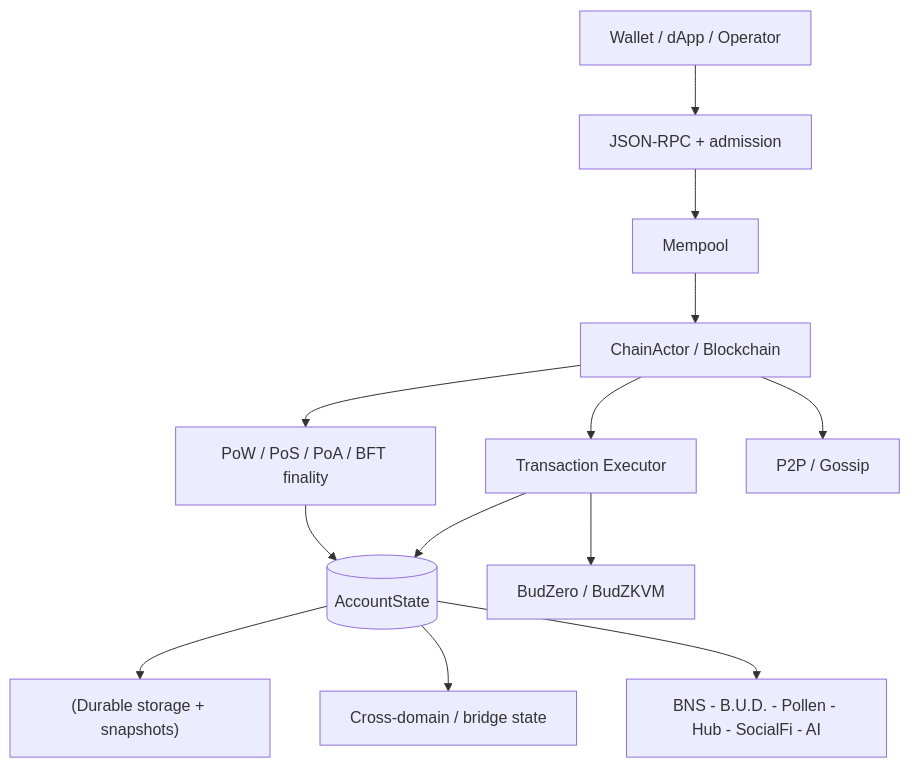
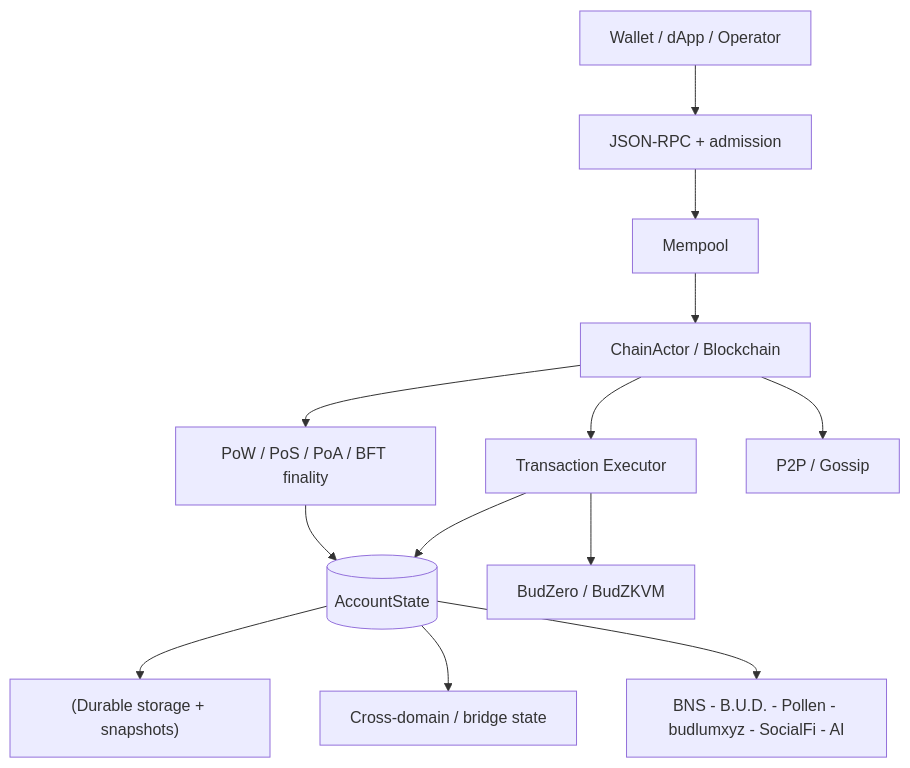
The first of 51 diagrams in ARCHITECTURE.md (budlum-xyz/deneme), drawn with Mermaid before and after one commit. The commit also changed other lines of this file and 17 other files, not shown here.

First line of the commit message:
refactor: the Hub app registry is now budlumxyz (#48)

````diff
--- a/ARCHITECTURE.md
+++ b/ARCHITECTURE.md
@@ -9,15 +9,15 @@
 ```mermaid
 flowchart TB
   Client[Wallet / dApp / Operator] --> RPC["JSON-RPC + admission"]
   RPC --> MP[Mempool]
   MP --> Chain[ChainActor / Blockchain]
   Chain --> Exec[Transaction Executor]
   Chain --> Consensus[PoW / PoS / PoA / BFT finality]
   Exec --> State[(AccountState)]
   Consensus --> State
   State --> Store["(Durable storage + snapshots)"]
   Chain --> Net[P2P / Gossip]
   Exec --> ZK[BudZero / BudZKVM]
   State --> XD[Cross-domain / bridge state]
-  State --> Apps[BNS - B.U.D. - Pollen - Hub - SocialFi - AI]
+  State --> Apps[BNS - B.U.D. - Pollen - budlumxyz - SocialFi - AI]
 ```
````
